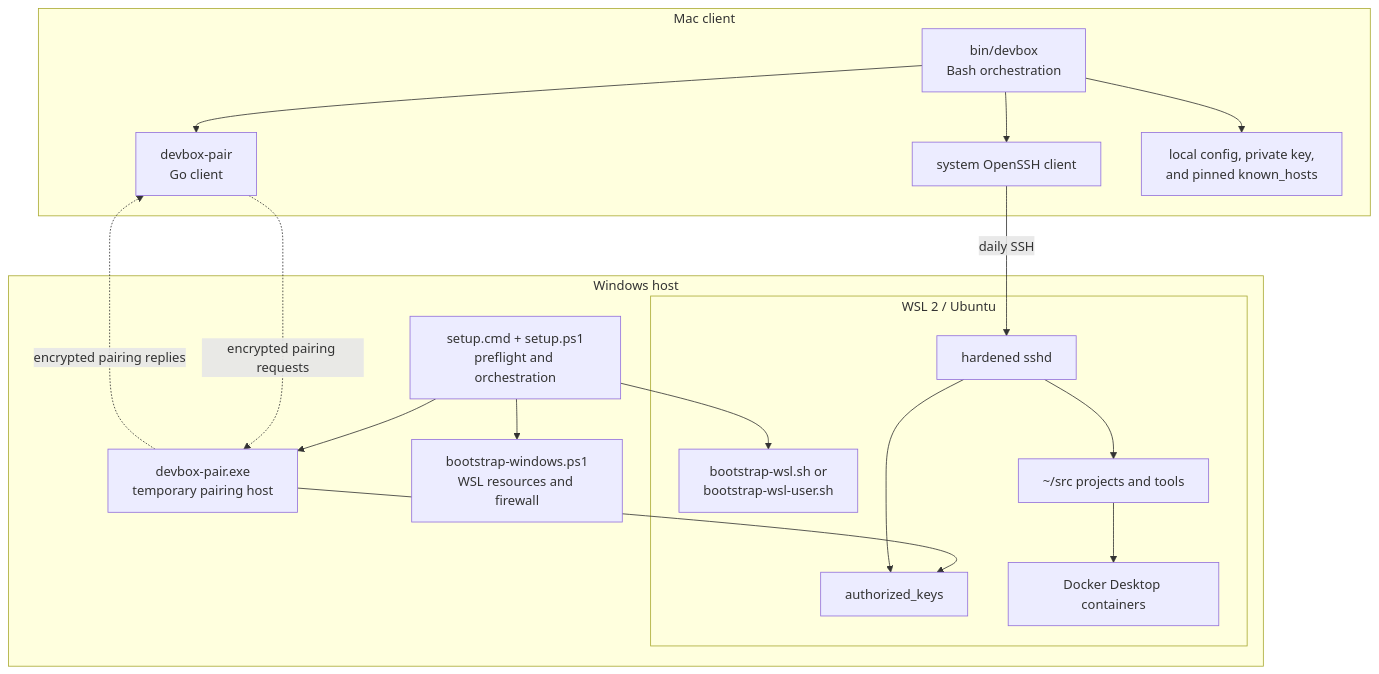
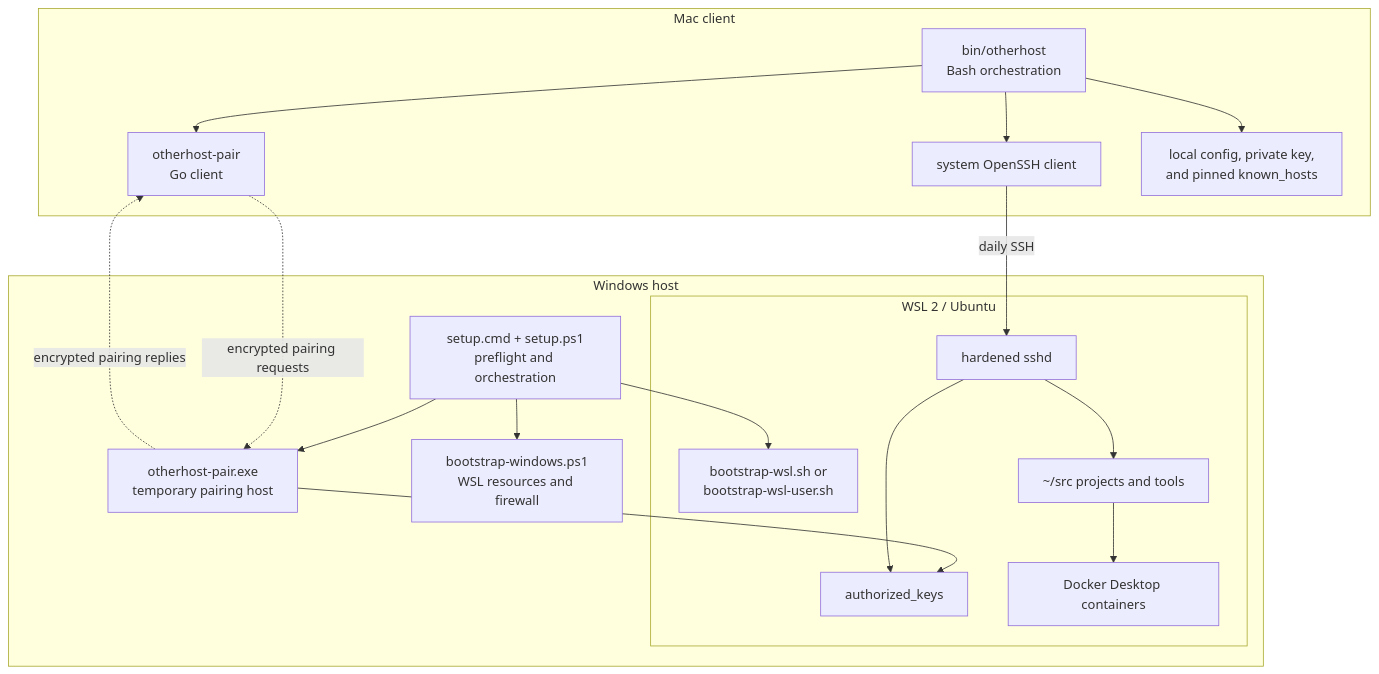
Before and after one commit to M3ndes/otherhost: the first of 3 diagrams in docs/architecture.md, drawn with Mermaid. The commit also changed other lines of this file and 49 other files, not shown here.

````diff
--- a/docs/architecture.md
+++ b/docs/architecture.md
@@ -24,37 +24,37 @@
 ```mermaid
 flowchart TB
     subgraph Mac["Mac client"]
-        CLI["bin/devbox<br/>Bash orchestration"]
-        MacPair["devbox-pair<br/>Go client"]
+        CLI["bin/otherhost<br/>Bash orchestration"]
+        MacPair["otherhost-pair<br/>Go client"]
         OpenSSH["system OpenSSH client"]
         MacState["local config, private key,<br/>and pinned known_hosts"]
     end
 
     subgraph Windows["Windows host"]
         Setup["setup.cmd + setup.ps1<br/>preflight and orchestration"]
         WinPolicy["bootstrap-windows.ps1<br/>WSL resources and firewall"]
-        WinPair["devbox-pair.exe<br/>temporary pairing host"]
+        WinPair["otherhost-pair.exe<br/>temporary pairing host"]
 
         subgraph WSL["WSL 2 / Ubuntu"]
             WSLSetup["bootstrap-wsl.sh or<br/>bootstrap-wsl-user.sh"]
             SSHD["hardened sshd"]
             Auth["authorized_keys"]
             Workspace["~/src projects and tools"]
             Containers["Docker Desktop containers"]
         end
     end
 
     CLI --> MacPair
     CLI --> OpenSSH
     CLI --> MacState
     Setup --> WinPolicy
     Setup --> WinPair
     Setup --> WSLSetup
     MacPair -.->|"encrypted pairing requests"| WinPair
     WinPair -.->|"encrypted pairing replies"| MacPair
     WinPair --> Auth
     OpenSSH -->|"daily SSH"| SSHD
     SSHD --> Auth
     SSHD --> Workspace
     Workspace --> Containers
 ```
````
